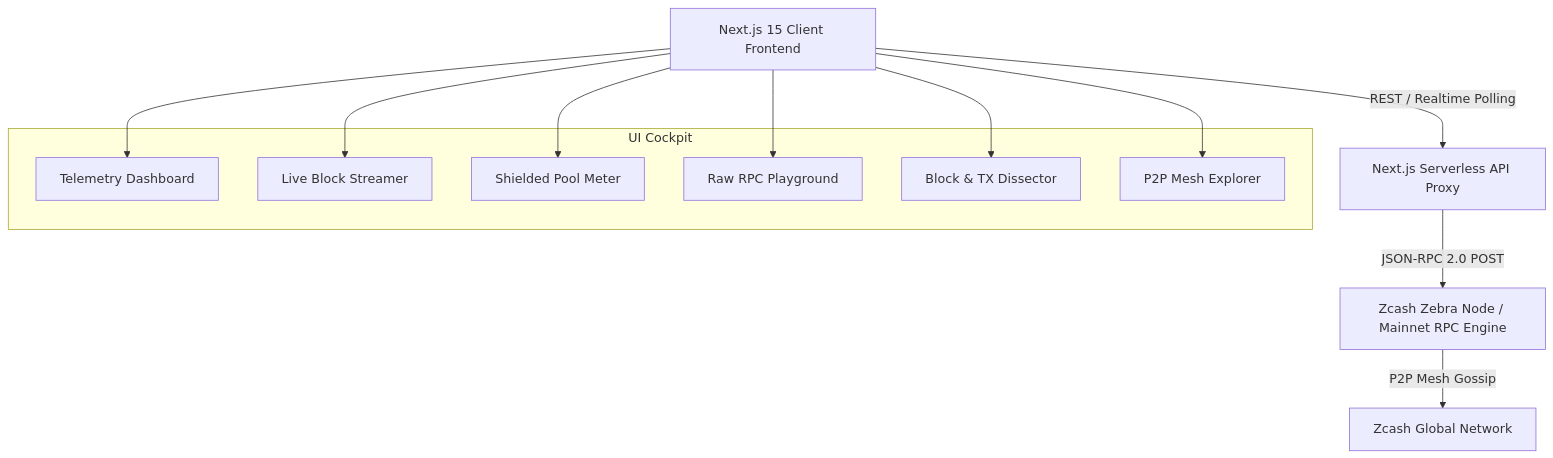
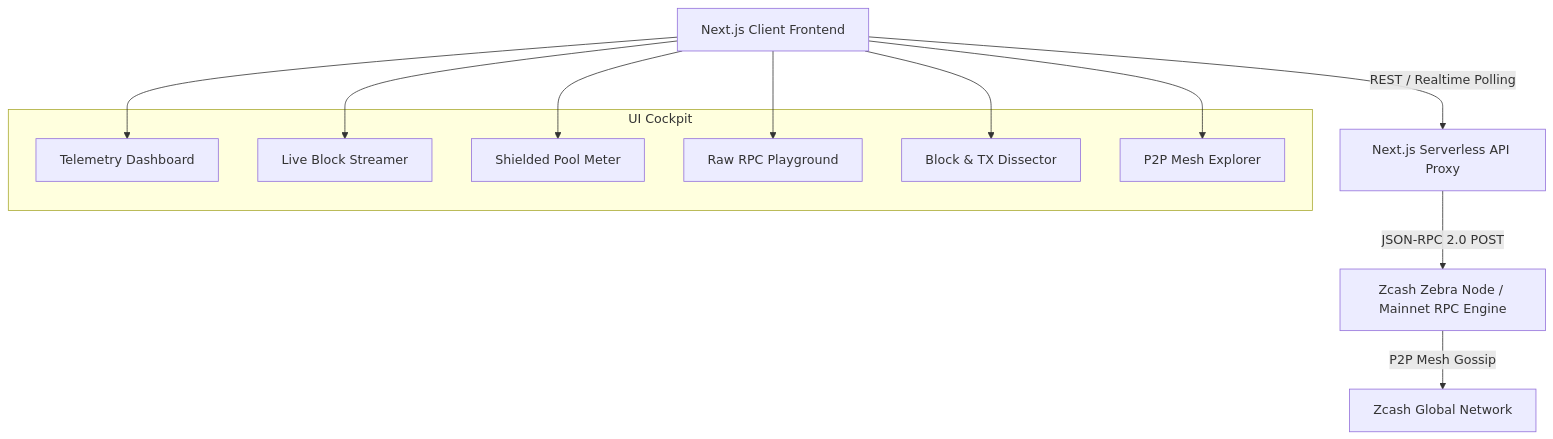
One commit to Webghost01-NG/zecspectra changed the diagram in README.md. Above: the diagram before and after it, drawn with Mermaid. The commit also changed other lines of this file, not shown here.

````diff
--- a/README.md
+++ b/README.md
@@ -53,22 +53,22 @@
 ```mermaid
 graph TD
-    A[Next.js 15 Client Frontend] -->|REST / Realtime Polling| B[Next.js Serverless API Proxy]
+    A[Next.js Client Frontend] -->|REST / Realtime Polling| B[Next.js Serverless API Proxy]
     B -->|JSON-RPC 2.0 POST| C[Zcash Zebra Node / Mainnet RPC Engine]
     C -->|P2P Mesh Gossip| D[Zcash Global Network]
     
     subgraph UI Cockpit
         E[Telemetry Dashboard]
         F[Live Block Streamer]
         G[Shielded Pool Meter]
         H[Raw RPC Playground]
         I[Block & TX Dissector]
         J[P2P Mesh Explorer]
     end
     
     A --> E
     A --> F
     A --> G
     A --> H
     A --> I
     A --> J
 ```
````
